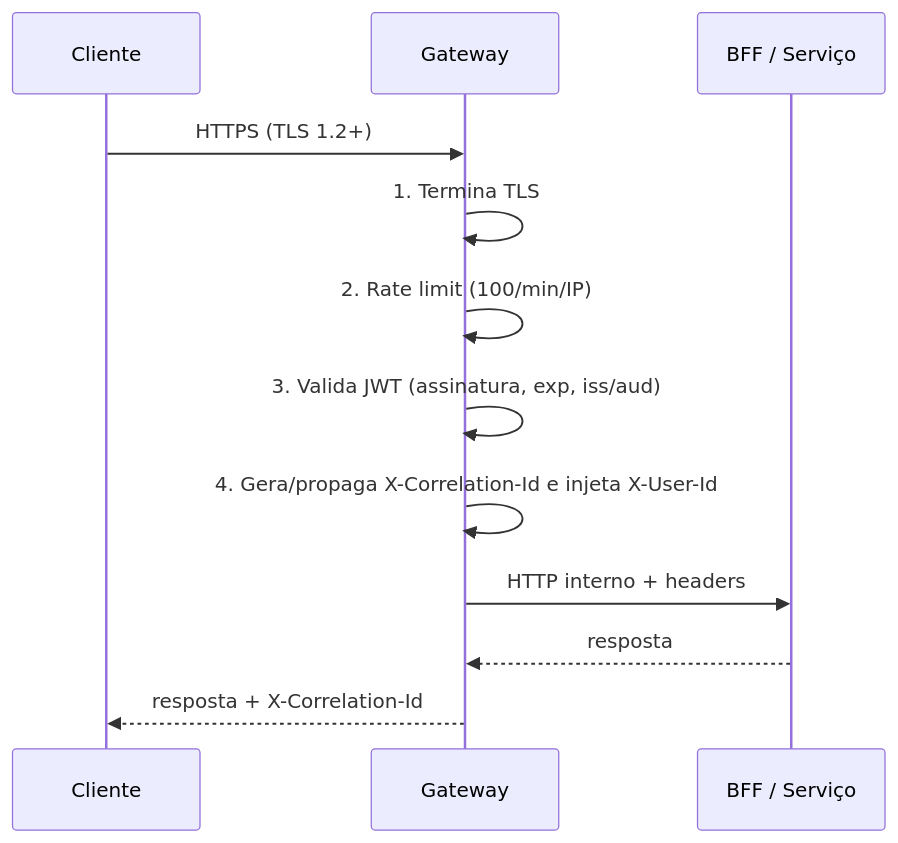
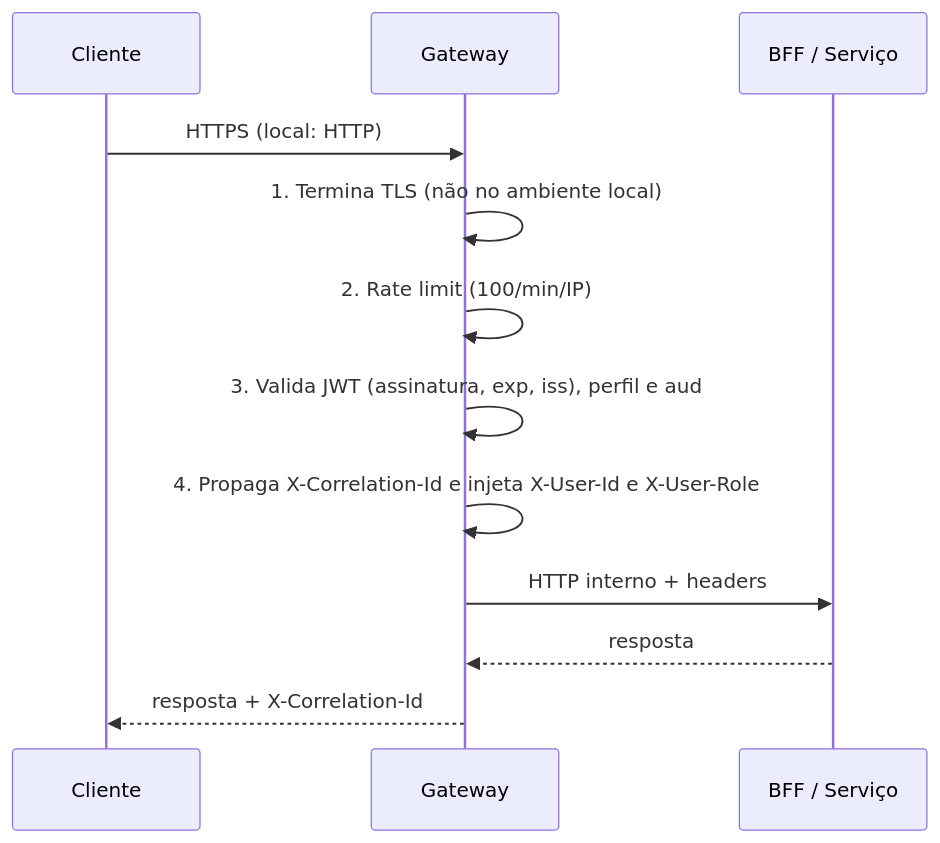
One commit to multiheros/saude-conecta changed the second of 2 diagrams in docs/gateway-routing.md. Above: the diagram before and after it, drawn with Mermaid. The commit also changed other lines of this file and 6 other files, not shown here.

````diff
--- a/docs/gateway-routing.md
+++ b/docs/gateway-routing.md
@@ -92,14 +85,14 @@
 ```mermaid
 sequenceDiagram
     participant C as Cliente
     participant G as Gateway
     participant B as BFF / Serviço
-    C->>G: HTTPS (TLS 1.2+)
-    G->>G: 1. Termina TLS
+    C->>G: HTTPS (local: HTTP)
+    G->>G: 1. Termina TLS (não no ambiente local)
     G->>G: 2. Rate limit (100/min/IP)
-    G->>G: 3. Valida JWT (assinatura, exp, iss/aud)
-    G->>G: 4. Gera/propaga X-Correlation-Id e injeta X-User-Id
+    G->>G: 3. Valida JWT (assinatura, exp, iss), perfil e aud
+    G->>G: 4. Propaga X-Correlation-Id e injeta X-User-Id e X-User-Role
     G->>B: HTTP interno + headers
     B-->>G: resposta
     G-->>C: resposta + X-Correlation-Id
 ```
````
